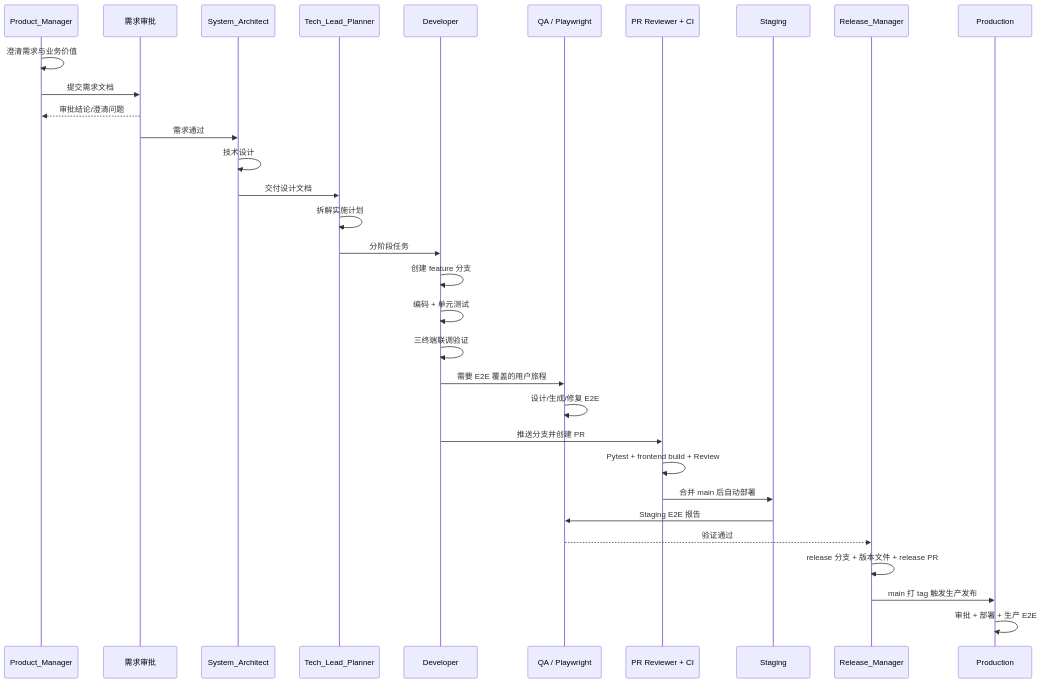
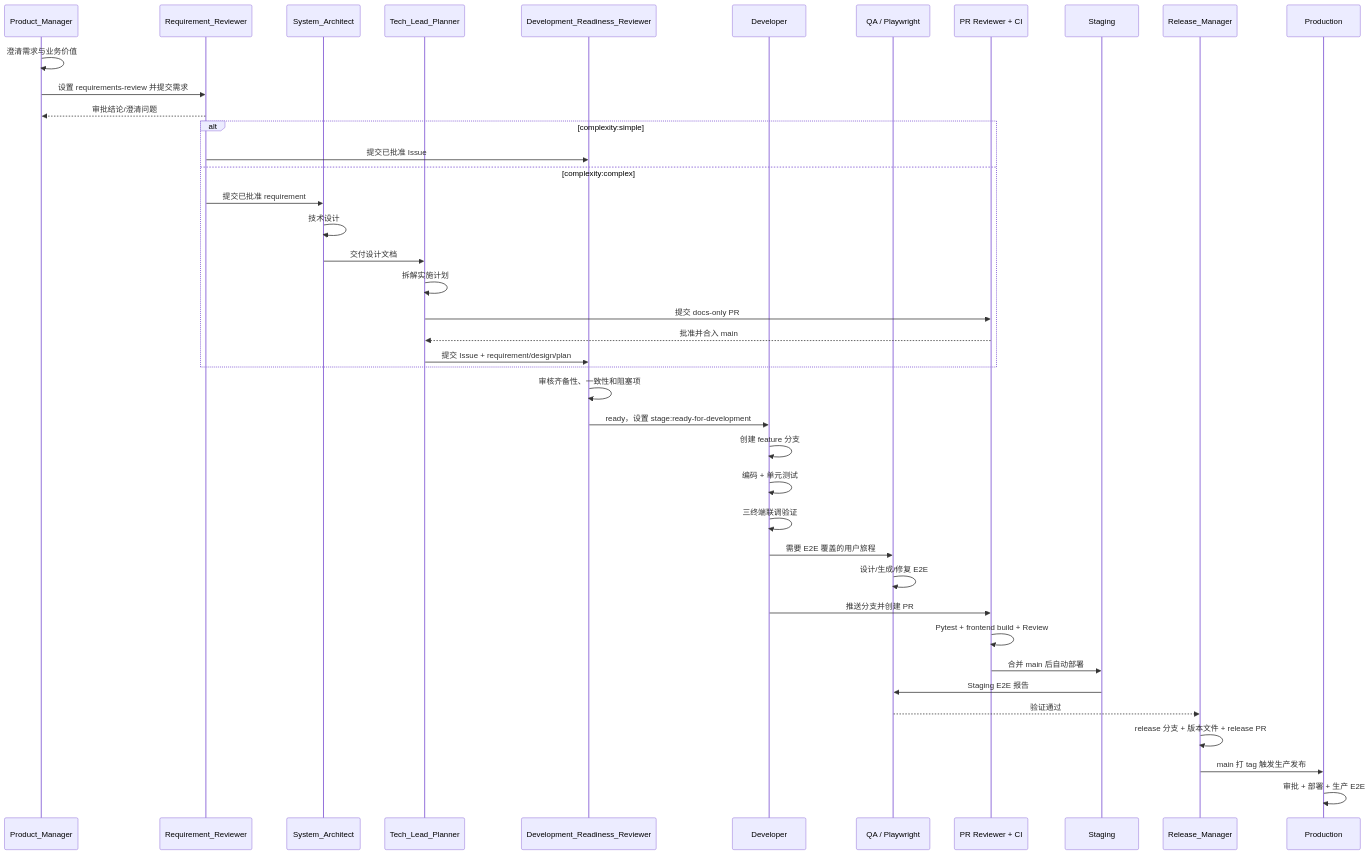
Before and after one commit to JumpStarGroup/health_platform: diagram 16 of 17 in docs/PROJECT-WORKFLOW-ROLES.md, drawn with Mermaid. The commit also changed other lines of this file and 10 other files, not shown here.

First line of the commit message:
docs: split development readiness review

````diff
--- a/docs/PROJECT-WORKFLOW-ROLES.md
+++ b/docs/PROJECT-WORKFLOW-ROLES.md
@@ -644,35 +675,44 @@
 ```mermaid
 sequenceDiagram
     participant PM as Product_Manager
-    participant RA as 需求审批
+    participant RA as Requirement_Reviewer
     participant ARCH as System_Architect
     participant TL as Tech_Lead_Planner
+    participant DRR as Development_Readiness_Reviewer
     participant DEV as Developer
     participant QA as QA / Playwright
     participant PR as PR Reviewer + CI
     participant STG as Staging
     participant RM as Release_Manager
     participant PROD as Production
 
     PM->>PM: 澄清需求与业务价值
-    PM->>RA: 提交需求文档
+    PM->>RA: 设置 requirements-review 并提交需求
     RA-->>PM: 审批结论/澄清问题
-    RA->>ARCH: 需求通过
-    ARCH->>ARCH: 技术设计
-    ARCH->>TL: 交付设计文档
-    TL->>TL: 拆解实施计划
-    TL->>DEV: 分阶段任务
+    alt complexity:simple
+        RA->>DRR: 提交已批准 Issue
+    else complexity:complex
+        RA->>ARCH: 提交已批准 requirement
+        ARCH->>ARCH: 技术设计
+        ARCH->>TL: 交付设计文档
+        TL->>TL: 拆解实施计划
+        TL->>PR: 提交 docs-only PR
+        PR-->>TL: 批准并合入 main
+        TL->>DRR: 提交 Issue + requirement/design/plan
+    end
+    DRR->>DRR: 审核齐备性、一致性和阻塞项
+    DRR->>DEV: ready，设置 stage:ready-for-development
     DEV->>DEV: 创建 feature 分支
     DEV->>DEV: 编码 + 单元测试
     DEV->>DEV: 三终端联调验证
     DEV->>QA: 需要 E2E 覆盖的用户旅程
     QA->>QA: 设计/生成/修复 E2E
     DEV->>PR: 推送分支并创建 PR
     PR->>PR: Pytest + frontend build + Review
     PR->>STG: 合并 main 后自动部署
     STG->>QA: Staging E2E 报告
     QA-->>RM: 验证通过
     RM->>RM: release 分支 + 版本文件 + release PR
     RM->>PROD: main 打 tag 触发生产发布
     PROD->>PROD: 审批 + 部署 + 生产 E2E
 ```
````
